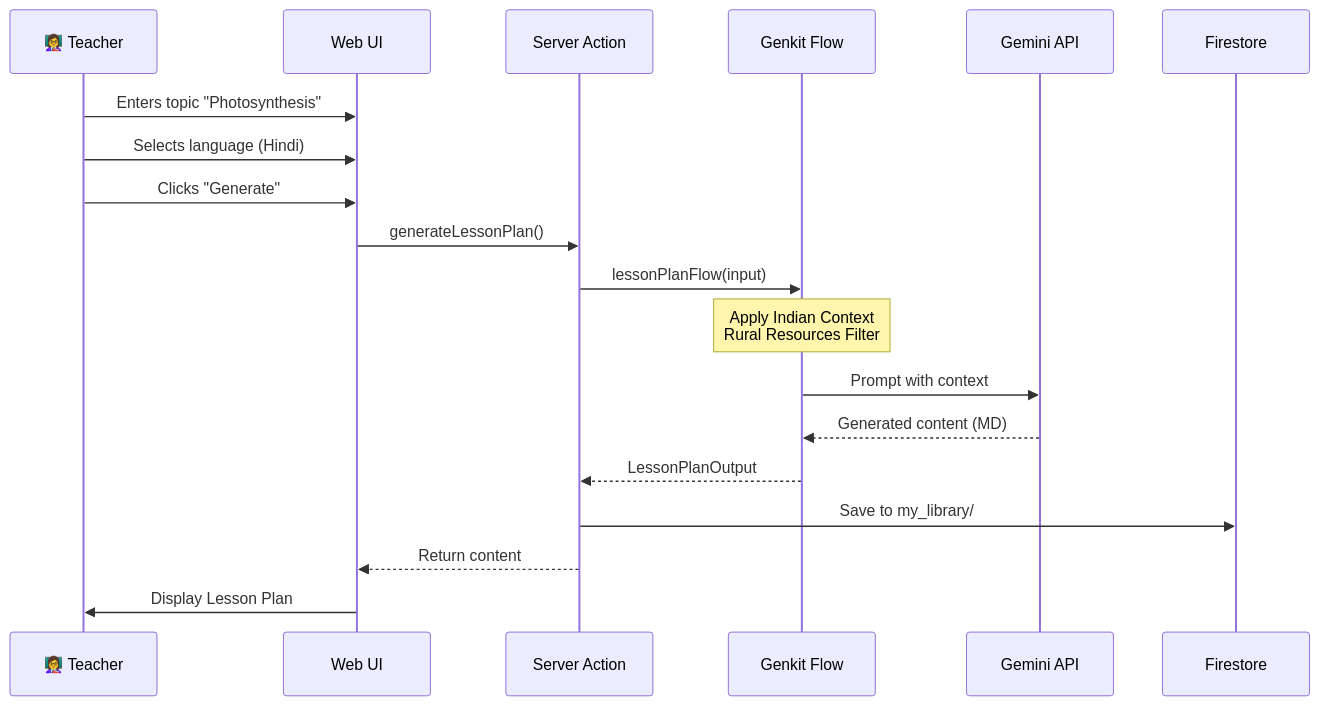
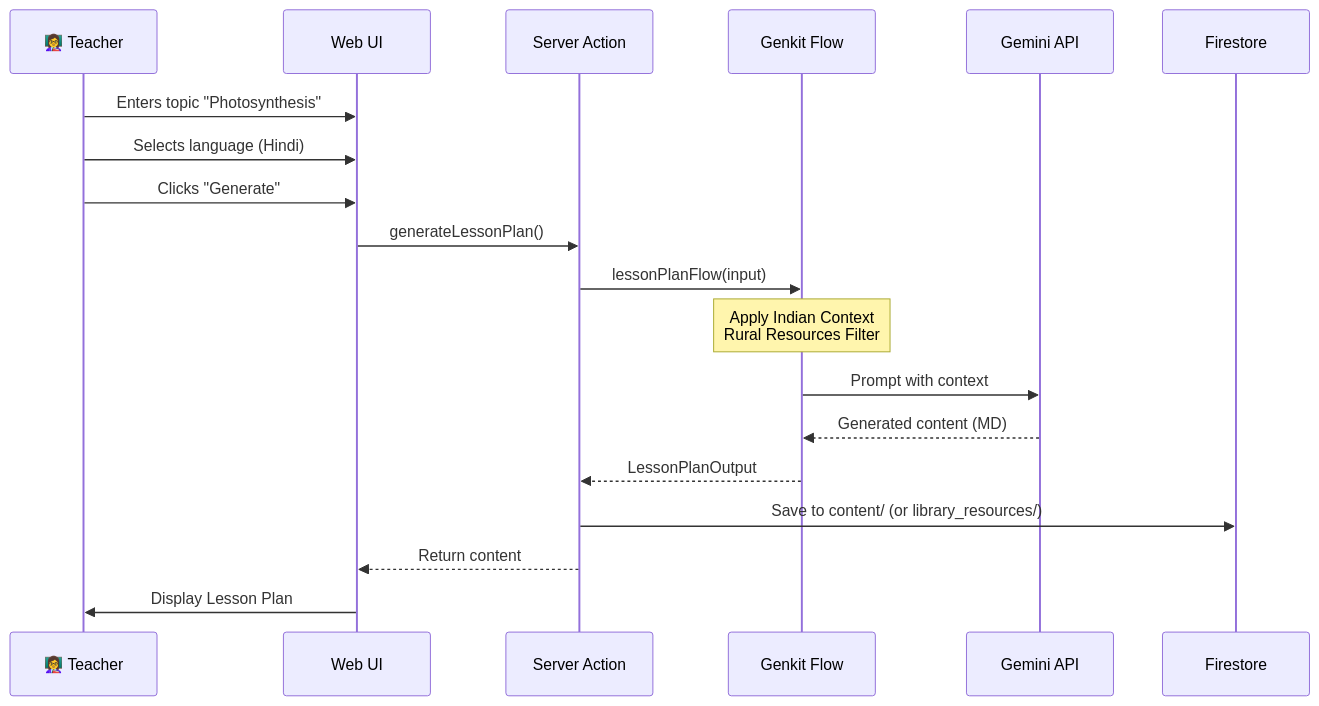
Before and after one commit to sargupta/sahayakai: the fourth of 8 diagrams in sahayakai-main/docs/architecture/SOLUTION_ARCHITECTURE.md, drawn with Mermaid. The commit also changed other lines of this file and 113 other files, not shown here.

````diff
--- a/sahayakai-main/docs/architecture/SOLUTION_ARCHITECTURE.md
+++ b/sahayakai-main/docs/architecture/SOLUTION_ARCHITECTURE.md
@@ -290,27 +283,27 @@
 ```mermaid
 sequenceDiagram
     participant User as 👩‍🏫 Teacher
     participant UI as Web UI
     participant Action as Server Action
     participant Genkit as Genkit Flow
     participant Gemini as Gemini API
     participant DB as Firestore
 
     User->>UI: Enters topic "Photosynthesis"
     User->>UI: Selects language (Hindi)
     User->>UI: Clicks "Generate"
     
     UI->>Action: generateLessonPlan()
     Action->>Genkit: lessonPlanFlow(input)
     
     Note over Genkit: Apply Indian Context<br/>Rural Resources Filter
     
     Genkit->>Gemini: Prompt with context
     Gemini-->>Genkit: Generated content (MD)
     
     Genkit-->>Action: LessonPlanOutput
-    Action->>DB: Save to my_library/
+    Action->>DB: Save to content/ (or library_resources/)
     Action-->>UI: Return content
     
     UI->>User: Display Lesson Plan
 ```
````
